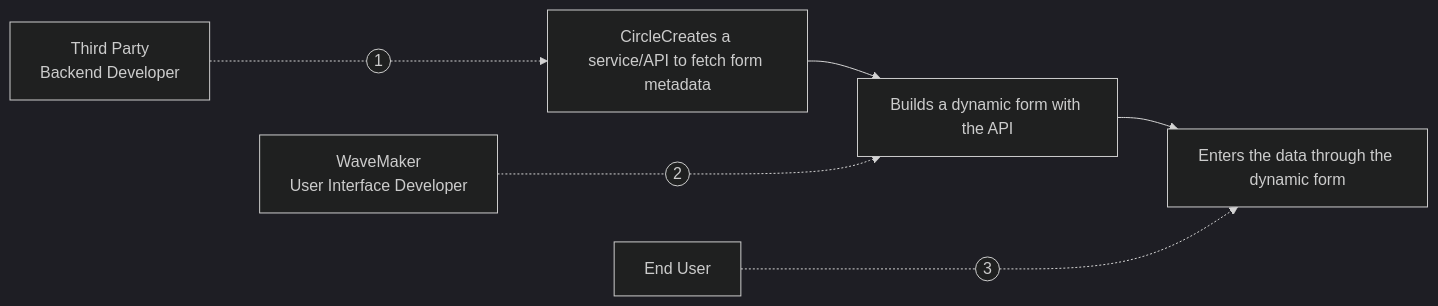
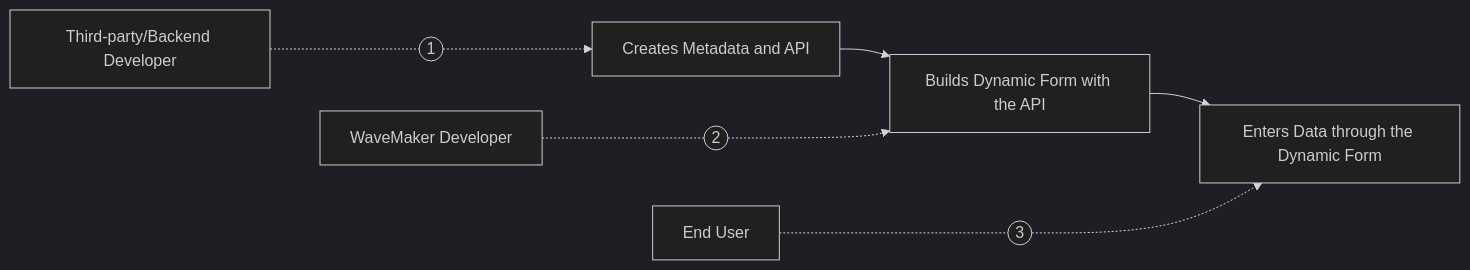
One commit to wavemaker/docs changed the diagram in learn/how-tos/dynamic-form.md. Above: the diagram before and after it, drawn with Mermaid (dark theme). The commit also changed other lines of this file, not shown here.

Commit message:
Edited the flow diagram

````diff
--- a/learn/how-tos/dynamic-form.md
+++ b/learn/how-tos/dynamic-form.md
@@ -17,9 +17,9 @@
 ```mermaid
 graph LR
-    A[Third Party <br> Backend Developer] -.- G((1))-.-> B[CircleCreates a service/API to fetch form metadata]
-    B[CircleCreates a service/API to fetch form metadata] --> C[Builds a dynamic form with the API]
-    D[WaveMaker <br> User Interface Developer ]  -.- H((2))-.-> C[Builds a dynamic form with the API]
-    C[Builds a dynamic form with the API] --> E[Enters the data through the dynamic form]
-    F[End User]  -.- I((3))-.-> E[Enters the data through the dynamic form]
+    A[Third-party/Backend Developer] -.- G((1))-.-> B[Creates Metadata and API] 
+    B[Creates Metadata and API] --> C[Builds Dynamic Form with the API]
+    D[WaveMaker Developer ]  -.- H((2))-.-> C[Builds Dynamic Form with the API]
+    C[Builds Dynamic Form with the API] --> E[Enters Data through the Dynamic Form]
+    F[End User]  -.- I((3))-.-> E[Enters Data through the Dynamic Form]
     
 ```
````
